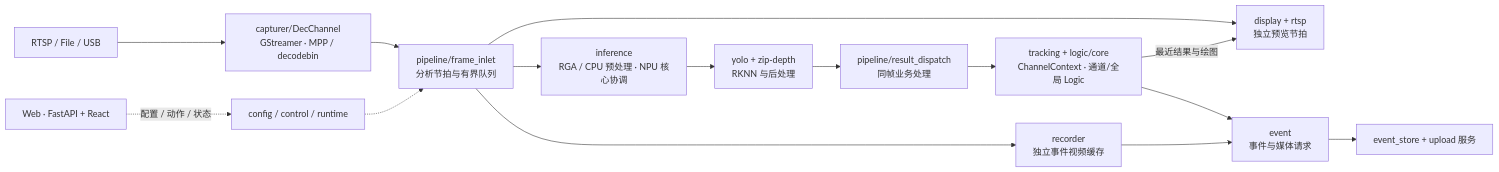
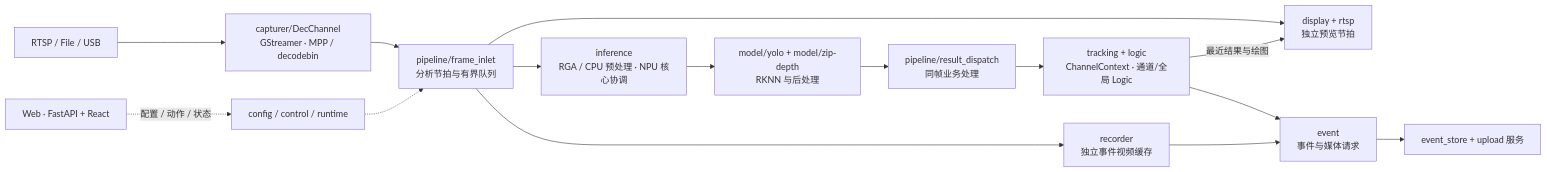
One commit to LaoWei2001/rk3588_visual_analysis_framework changed the diagram in README.md. Above: the diagram before and after it, drawn with Mermaid. The commit also changed other lines of this file and 154 other files, not shown here.

````diff
--- a/README.md
+++ b/README.md
@@ -176,17 +176,17 @@
 ```mermaid
 flowchart LR
     A["RTSP / File / USB"] --> B["capturer/DecChannel<br/>GStreamer · MPP / decodebin"]
     B --> C["pipeline/frame_inlet<br/>分析节拍与有界队列"]
     C --> D["inference<br/>RGA / CPU 预处理 · NPU 核心协调"]
-    D --> E["yolo + zip-depth<br/>RKNN 与后处理"]
+    D --> E["model/yolo + model/zip-depth<br/>RKNN 与后处理"]
     E --> F["pipeline/result_dispatch<br/>同帧业务处理"]
-    F --> G["tracking + logic/core<br/>ChannelContext · 通道/全局 Logic"]
+    F --> G["tracking + logic<br/>ChannelContext · 通道/全局 Logic"]
     C --> H["display + rtsp<br/>独立预览节拍"]
     G -->|最近结果与绘图| H
     C --> I["recorder<br/>独立事件视频缓存"]
     G --> J["event<br/>事件与媒体请求"]
     I --> J
     J --> K["event_store + upload 服务"]
     W["Web · FastAPI + React"] -.->|配置 / 动作 / 状态| M["config / control / runtime"]
     M -.-> C
 ```
````
